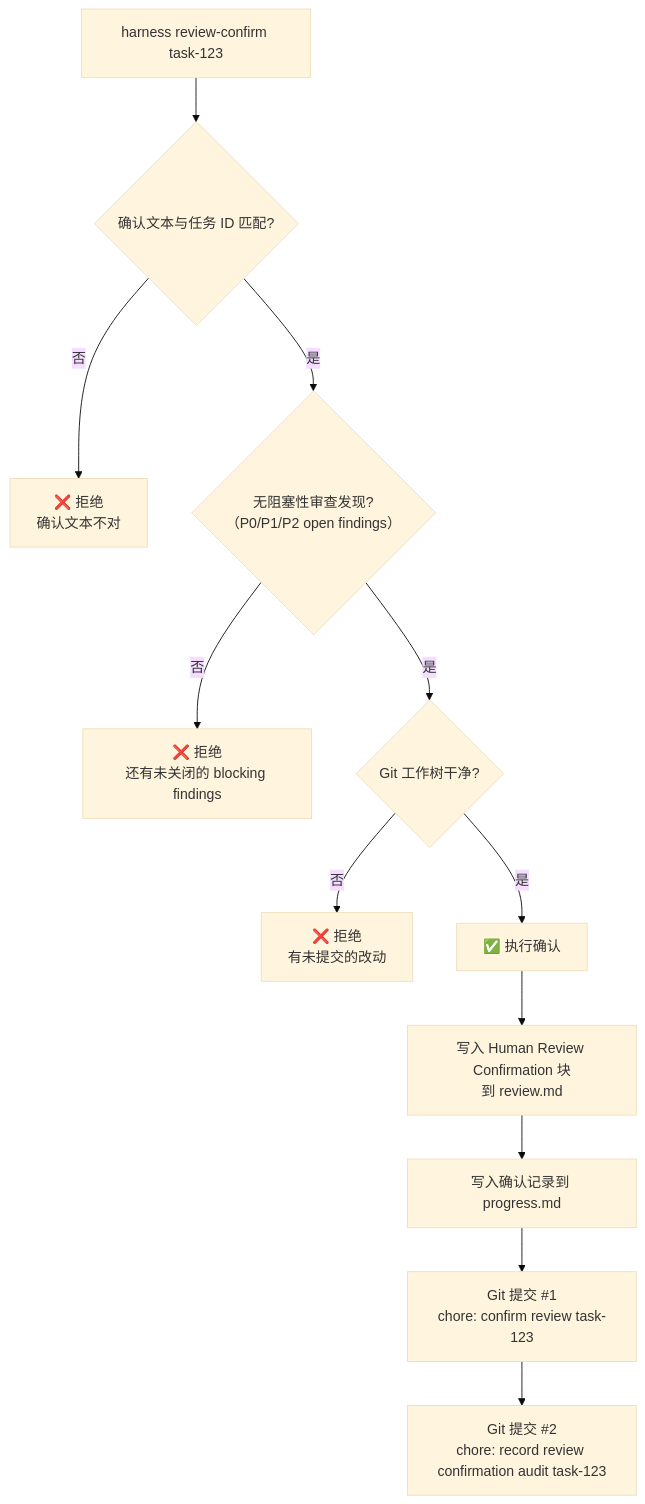
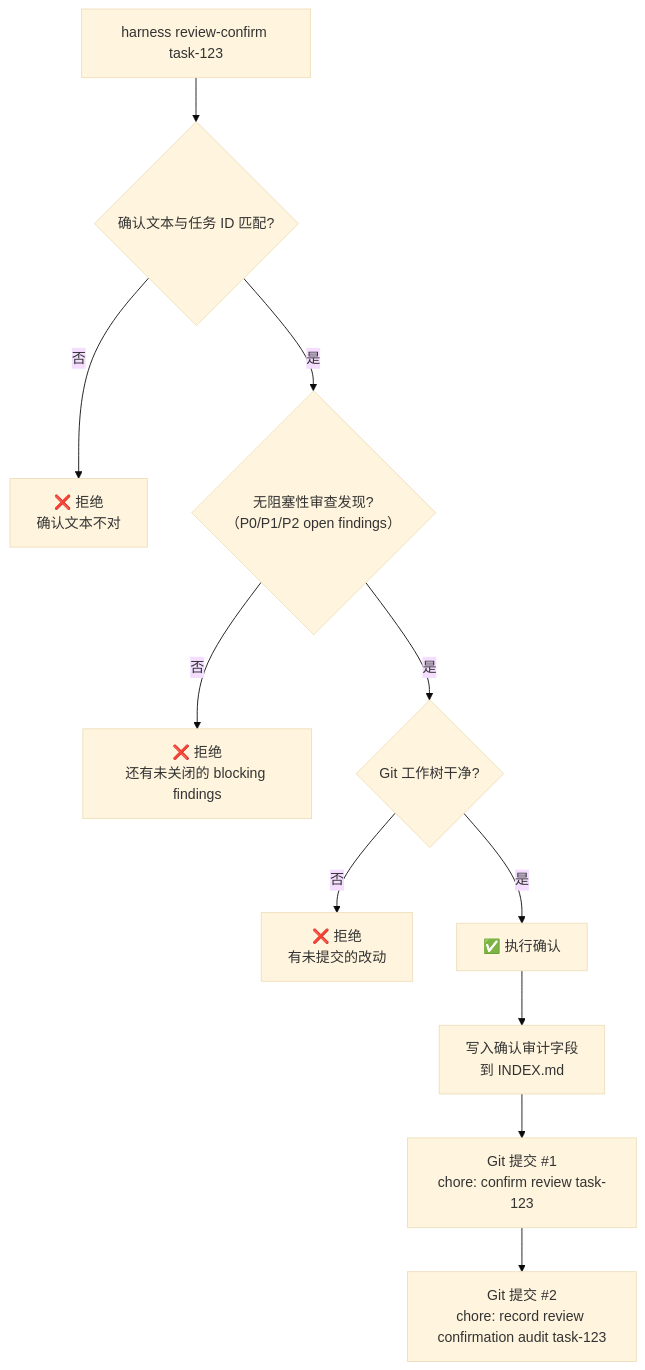
The fourth of 6 diagrams in docs-release/architecture/system-explainer/03-task-lifecycle.md (FairladyZ625/coding-agent-harness), drawn with Mermaid (base theme) before and after one commit. The commit also changed other lines of this file and 40 other files, not shown here.

Commit message:
feat(harness): migrate task audit metadata to index

````diff
--- a/docs-release/architecture/system-explainer/03-task-lifecycle.md
+++ b/docs-release/architecture/system-explainer/03-task-lifecycle.md
@@ -94,17 +94,16 @@
 ```mermaid
 flowchart TD
   Trigger["harness review-confirm task-123"]
 
   Trigger --> C1{"确认文本与任务 ID 匹配?"}
   C1 -->|"否"| E1["❌ 拒绝\n确认文本不对"]
   C1 -->|"是"| C2{"无阻塞性审查发现?\n（P0/P1/P2 open findings）"}
   C2 -->|"否"| E2["❌ 拒绝\n还有未关闭的 blocking findings"]
   C2 -->|"是"| C3{"Git 工作树干净?"}
   C3 -->|"否"| E3["❌ 拒绝\n有未提交的改动"]
   C3 -->|"是"| Exec["✅ 执行确认"]
 
-  Exec --> Write1["写入 Human Review Confirmation 块\n到 review.md"]
-  Write1 --> Write2["写入确认记录到 progress.md"]
-  Write2 --> Commit1["Git 提交 #1\nchore: confirm review task-123"]
+  Exec --> Write1["写入确认审计字段\n到 INDEX.md"]
+  Write1 --> Commit1["Git 提交 #1\nchore: confirm review task-123"]
   Commit1 --> Commit2["Git 提交 #2\nchore: record review confirmation audit task-123"]
 ```
````
